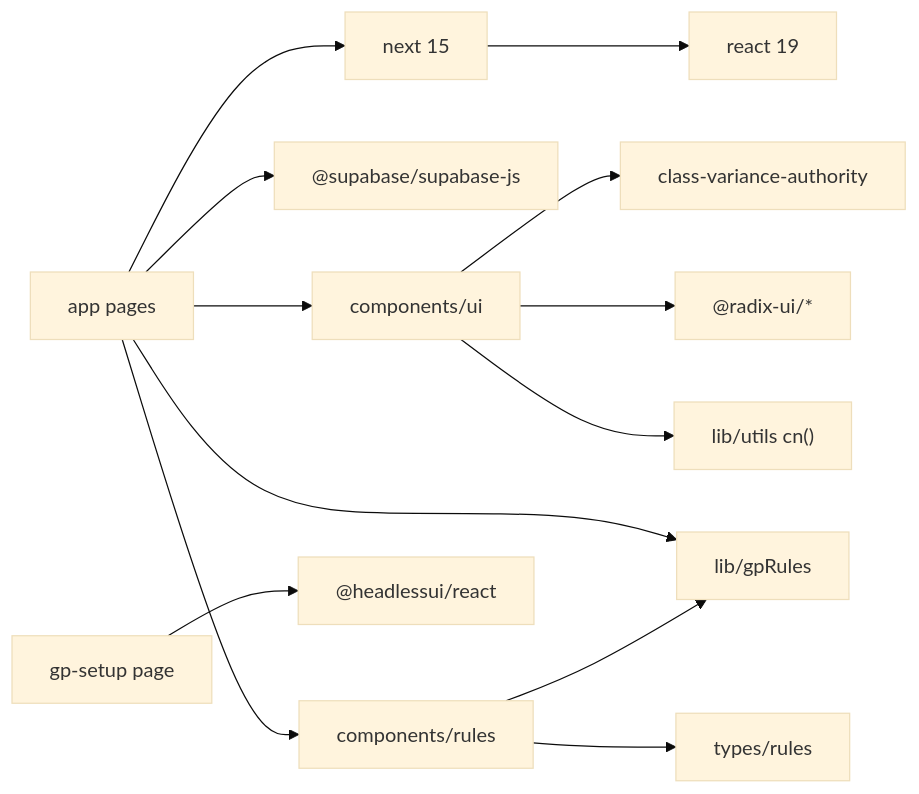
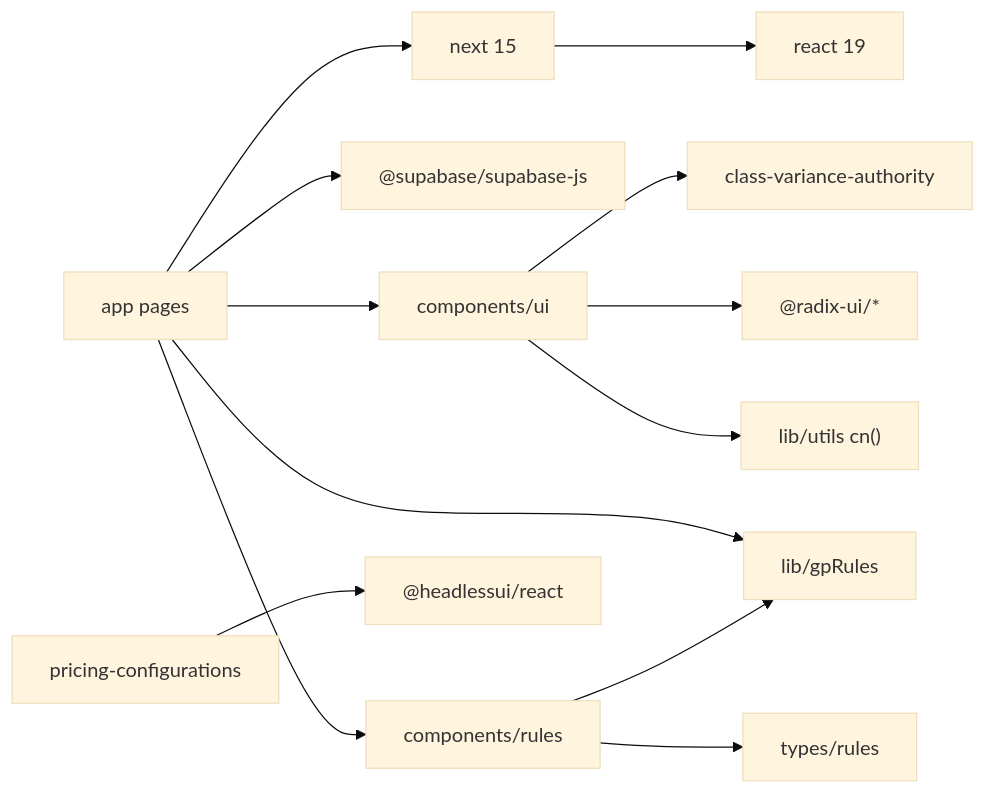
One commit to DanWarham/wine-gp-calculator changed the fifth of 7 diagrams in docs/ARCHITECTURE.md. Above: the diagram before and after it, drawn with Mermaid (base theme). The commit also changed other lines of this file and 7 other files, not shown here.

````diff
--- a/docs/ARCHITECTURE.md
+++ b/docs/ARCHITECTURE.md
@@ -251,15 +251,15 @@
 ```mermaid
 flowchart LR
   next["next 15"] --> react["react 19"]
   pages["app pages"] --> next
   pages --> supabase["@supabase/supabase-js"]
   pages --> ui["components/ui"]
   pages --> rulesComp["components/rules"]
   pages --> gpRules["lib/gpRules"]
   rulesComp --> gpRules
   rulesComp --> types["types/rules"]
   ui --> cva["class-variance-authority"]
   ui --> radix["@radix-ui/*"]
   ui --> utils["lib/utils cn()"]
-  gpsetup["gp-setup page"] --> headless["@headlessui/react"]
+  pricingConfigs["pricing-configurations"] --> headless["@headlessui/react"]
 ```
````
